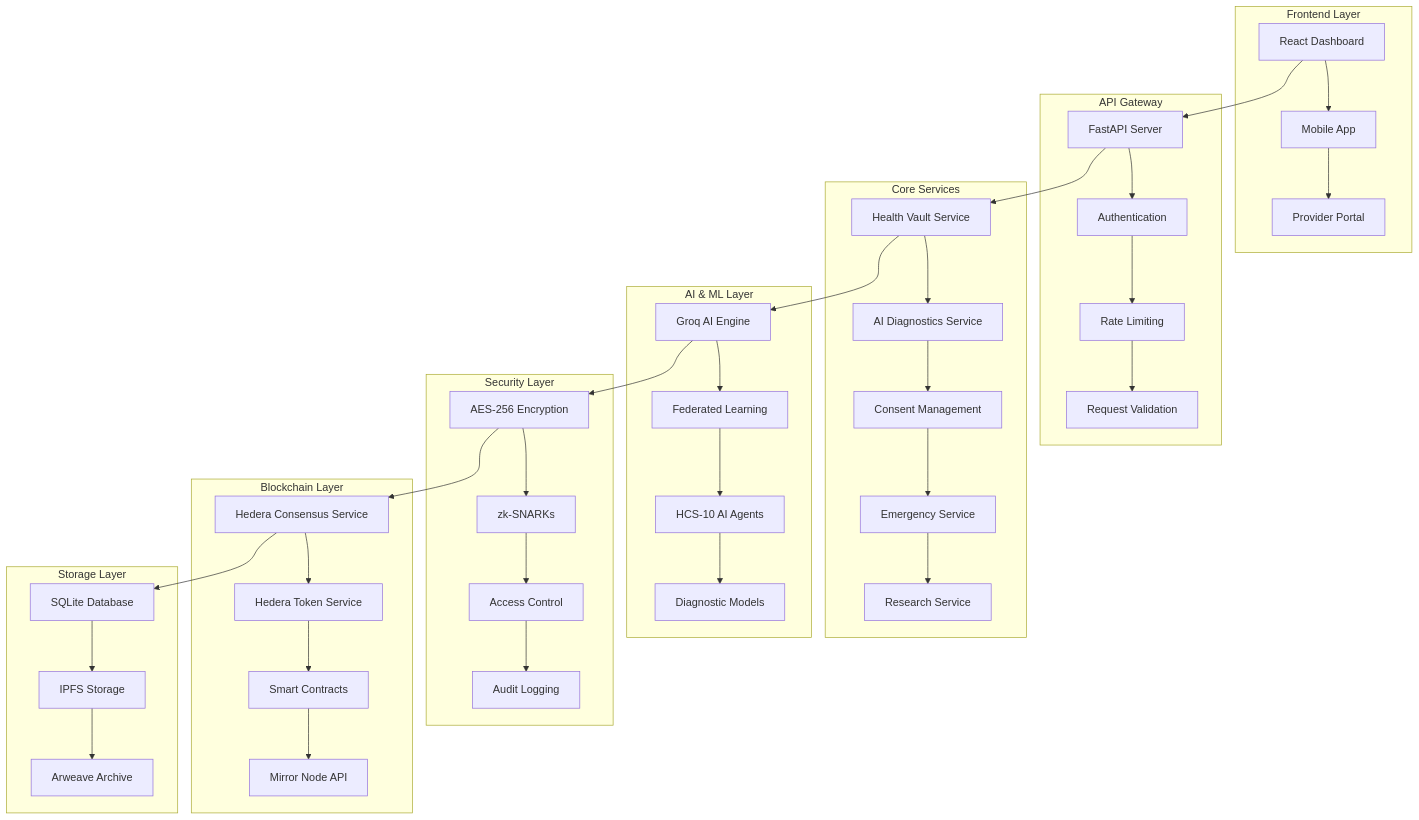
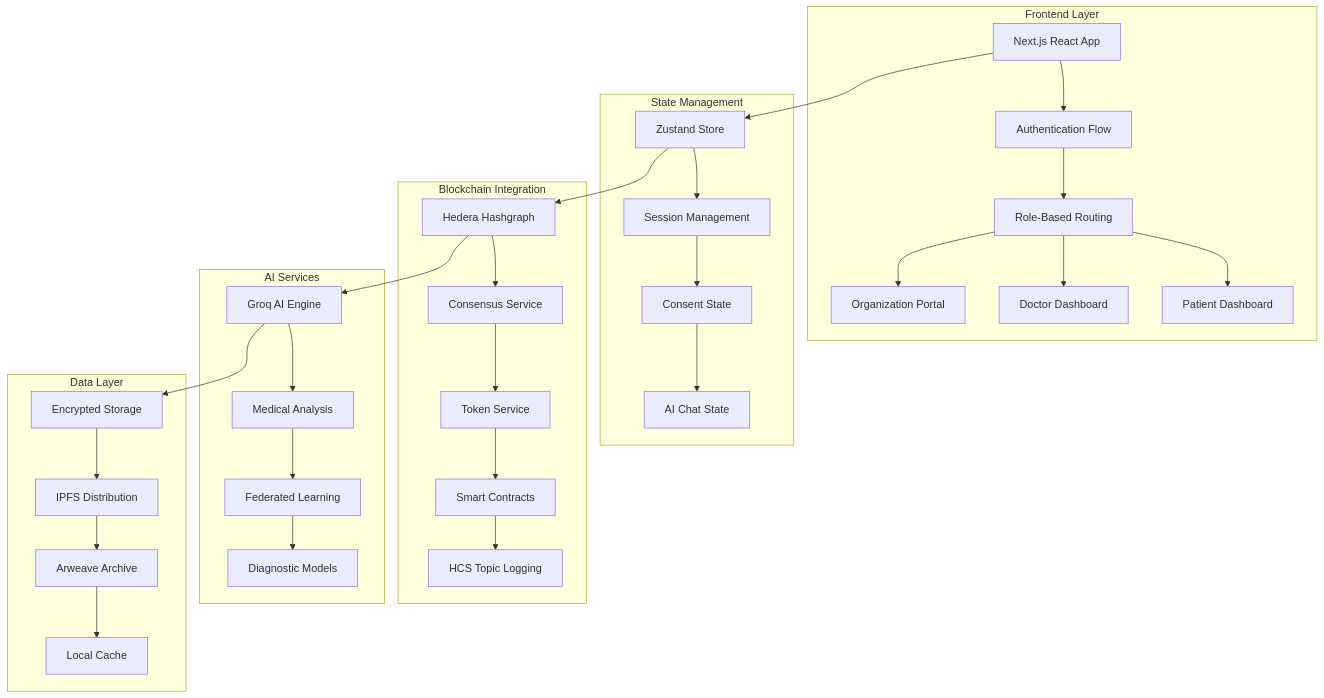
The diagram in README.md (Mediledger-Nexus/Mediledger-Nexus-frontend), drawn with Mermaid before and after one commit. The commit also changed other lines of this file and 20 other files, not shown here.

````diff
--- a/README.md
+++ b/README.md
@@ -52,50 +73,40 @@
 ```mermaid
 graph TB
     subgraph "Frontend Layer"
-        A[React Dashboard] --> B[Mobile App]
-        B --> C[Provider Portal]
+        A[Next.js React App] --> B[Authentication Flow]
+        B --> C[Role-Based Routing]
+        C --> D[Patient Dashboard]
+        C --> E[Doctor Dashboard]
+        C --> F[Organization Portal]
     end
-    
-    subgraph "API Gateway"
-        D[FastAPI Server] --> E[Authentication]
-        E --> F[Rate Limiting]
-        F --> G[Request Validation]
+
+    subgraph "State Management"
+        G[Zustand Store] --> H[Session Management]
+        H --> I[Consent State]
+        I --> J[AI Chat State]
     end
-    
-    subgraph "Core Services"
-        H[Health Vault Service] --> I[AI Diagnostics Service]
-        I --> J[Consent Management]
-        J --> K[Emergency Service]
-        K --> L[Research Service]
+
+    subgraph "Blockchain Integration"
+        K[Hedera Hashgraph] --> L[Consensus Service]
+        L --> M[Token Service]
+        M --> N[Smart Contracts]
+        N --> O[HCS Topic Logging]
     end
-    
-    subgraph "AI & ML Layer"
-        M[Groq AI Engine] --> N[Federated Learning]
-        N --> O[HCS-10 AI Agents]
-        O --> P[Diagnostic Models]
+
+    subgraph "AI Services"
+        P[Groq AI Engine] --> Q[Medical Analysis]
+        Q --> R[Federated Learning]
+        R --> S[Diagnostic Models]
     end
-    
-    subgraph "Security Layer"
-        Q[AES-256 Encryption] --> R[zk-SNARKs]
-        R --> S[Access Control]
-        S --> T[Audit Logging]
+
+    subgraph "Data Layer"
+        T[Encrypted Storage] --> U[IPFS Distribution]
+        U --> V[Arweave Archive]
+        V --> W[Local Cache]
     end
-    
-    subgraph "Blockchain Layer"
-        U[Hedera Consensus Service] --> V[Hedera Token Service]
-        V --> W[Smart Contracts]
-        W --> X[Mirror Node API]
-    end
-    
-    subgraph "Storage Layer"
-        Y[SQLite Database] --> Z[IPFS Storage]
-        Z --> AA[Arweave Archive]
-    end
-    
-    A --> D
-    D --> H
-    H --> M
-    M --> Q
-    Q --> U
-    U --> Y
+
+    A --> G
+    G --> K
+    K --> P
+    P --> T
 ```
````
